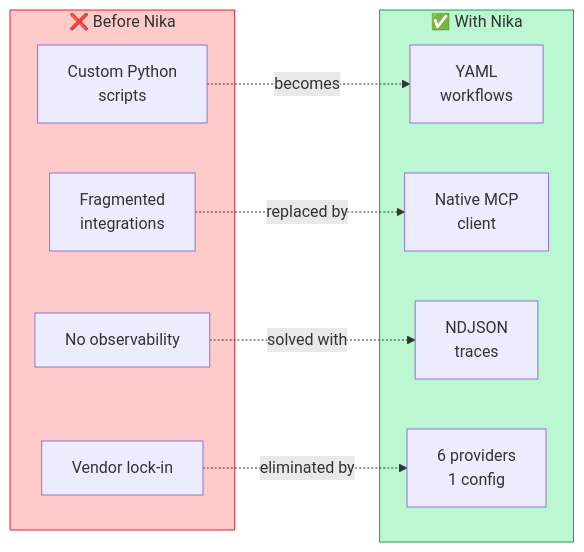
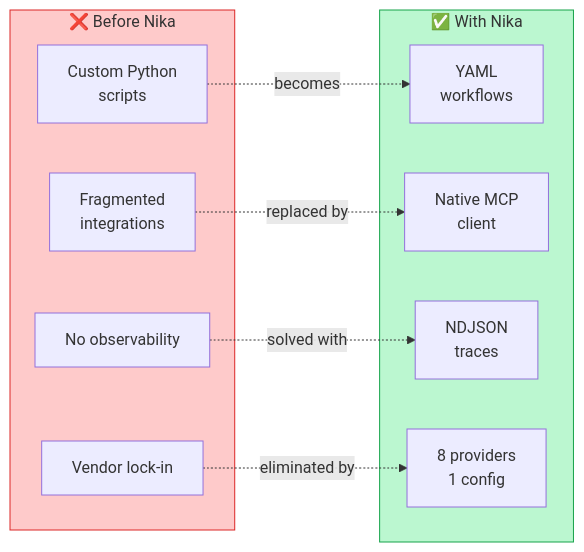
The second of 13 diagrams in README.md (supernovae-st/nika), drawn with Mermaid before and after one commit. The commit also changed other lines of this file, not shown here.

````diff
--- a/README.md
+++ b/README.md
@@ -287,24 +290,24 @@
 ```mermaid
 flowchart LR
     subgraph Before["❌ Before Nika"]
         B1["Custom Python<br/>scripts"]
         B2["Fragmented<br/>integrations"]
         B3["No observability"]
         B4["Vendor lock-in"]
     end
 
     subgraph After["✅ With Nika"]
         A1["YAML<br/>workflows"]
         A2["Native MCP<br/>client"]
         A3["NDJSON<br/>traces"]
-        A4["6 providers<br/>1 config"]
+        A4["8 providers<br/>1 config"]
     end
 
     B1 -.->|"becomes"| A1
     B2 -.->|"replaced by"| A2
     B3 -.->|"solved with"| A3
     B4 -.->|"eliminated by"| A4
 
     style Before fill:#fecaca,stroke:#dc2626
     style After fill:#bbf7d0,stroke:#16a34a
 ```
````
